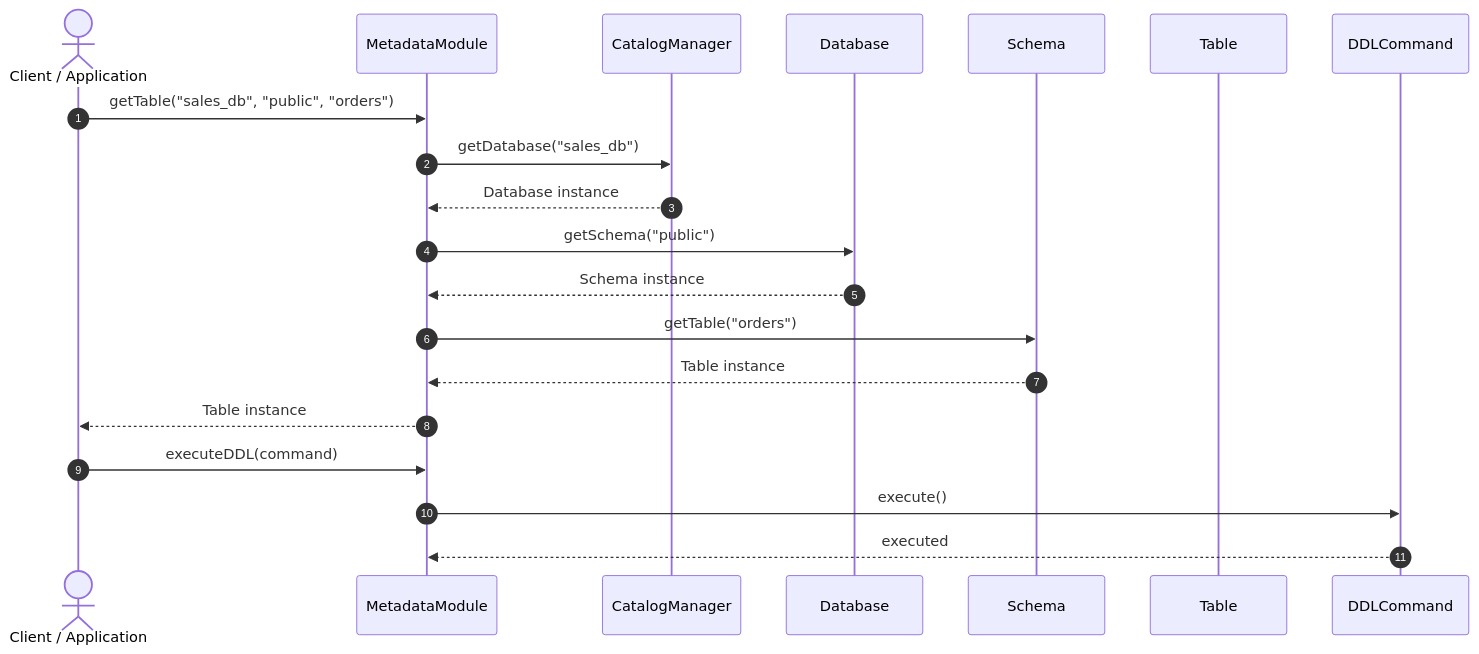
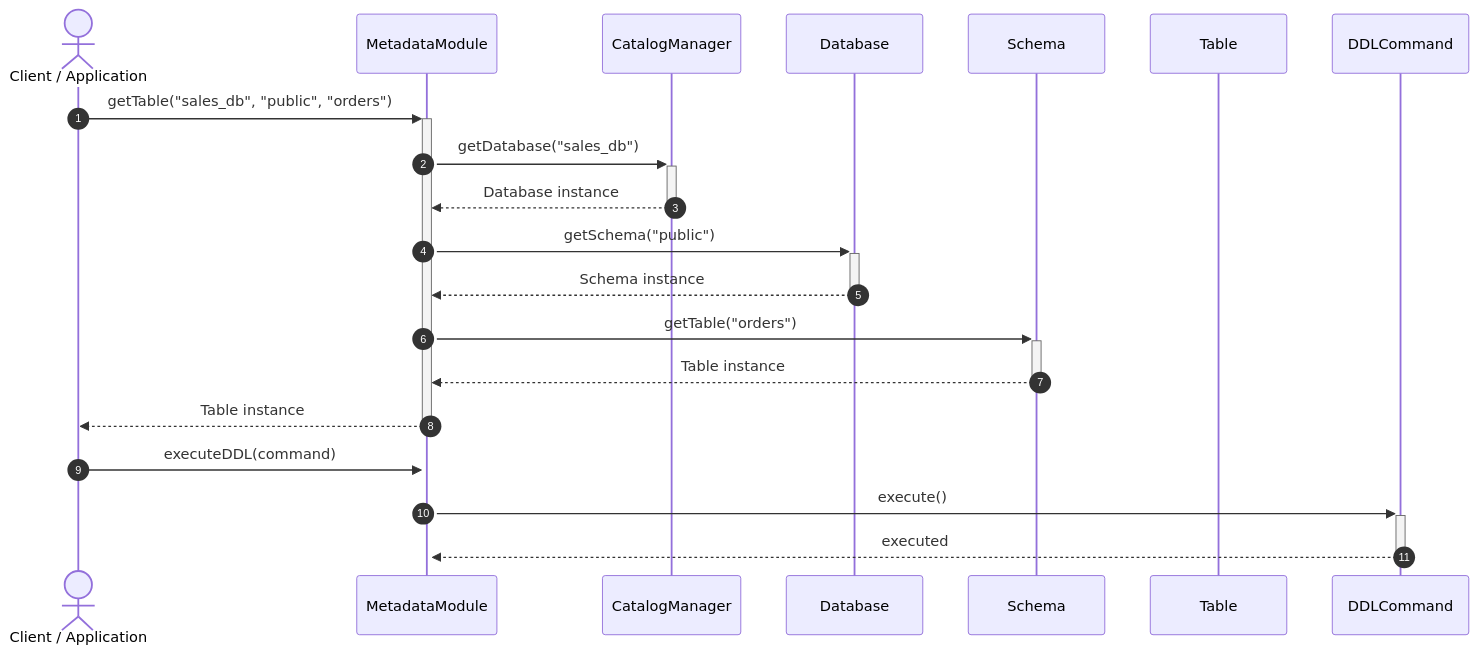
Before and after one commit to Dikhang1112/Database_Management_BBV: the second of 14 diagrams in docs/design_patterns/metadata/Sequece.md, drawn with Mermaid. The commit also changed other lines of this file and 12 other files, not shown here.

Commit message:
Refactor sequece diagram

````diff
--- a/docs/design_patterns/metadata/Sequece.md
+++ b/docs/design_patterns/metadata/Sequece.md
@@ -34,24 +34,24 @@
 ```mermaid
 sequenceDiagram
     autonumber
     actor Client as Client / Application
     participant Facade as MetadataModule
     participant CM as CatalogManager
     participant DB as Database
     participant Schema as Schema
     participant Table as Table
     participant Cmd as DDLCommand
 
-    Client->>Facade: getTable("sales_db", "public", "orders")
-    Facade->>CM: getDatabase("sales_db")
-    CM-->>Facade: Database instance
-    Facade->>DB: getSchema("public")
-    DB-->>Facade: Schema instance
-    Facade->>Schema: getTable("orders")
-    Schema-->>Facade: Table instance
-    Facade-->>Client: Table instance
+    Client->>+Facade: getTable("sales_db", "public", "orders")
+    Facade->>+CM: getDatabase("sales_db")
+    CM-->>-Facade: Database instance
+    Facade->>+DB: getSchema("public")
+    DB-->>-Facade: Schema instance
+    Facade->>+Schema: getTable("orders")
+    Schema-->>-Facade: Table instance
+    Facade-->>-Client: Table instance
 
-    Client->>Facade: executeDDL(command)
-    Facade->>Cmd: execute()
-    Cmd-->>Facade: executed
+    Client->>+Facade: executeDDL(command)
+    Facade->>+Cmd: execute()
+    Cmd-->>-Facade: executed
 ```
````
